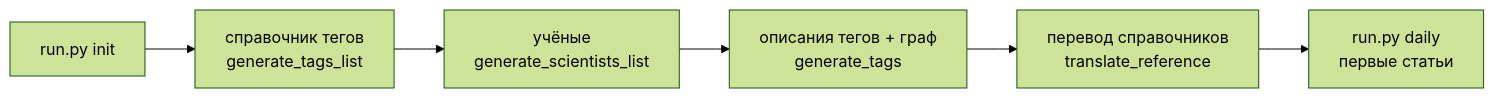
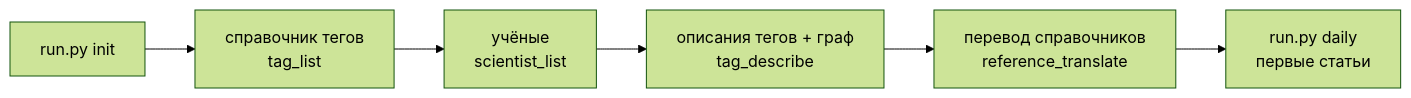
The second of 2 diagrams in HANDOFF.md (igogogo/bridge42worlds), drawn with Mermaid (forest theme) before and after one commit. The commit also changed other lines of this file and 1934 other files, not shown here.

````diff
--- a/HANDOFF.md
+++ b/HANDOFF.md
@@ -155,8 +189,8 @@
 ```mermaid
 flowchart LR
-    I1[run.py init] --> I2[справочник тегов<br/>generate_tags_list]
-    I2 --> I3[учёные<br/>generate_scientists_list]
-    I3 --> I4[описания тегов + граф<br/>generate_tags]
-    I4 --> I5[перевод справочников<br/>translate_reference]
+    I1[run.py init] --> I2[справочник тегов<br/>tag_list]
+    I2 --> I3[учёные<br/>scientist_list]
+    I3 --> I4[описания тегов + граф<br/>tag_describe]
+    I4 --> I5[перевод справочников<br/>reference_translate]
     I5 --> D[run.py daily<br/>первые статьи]
 ```
````
